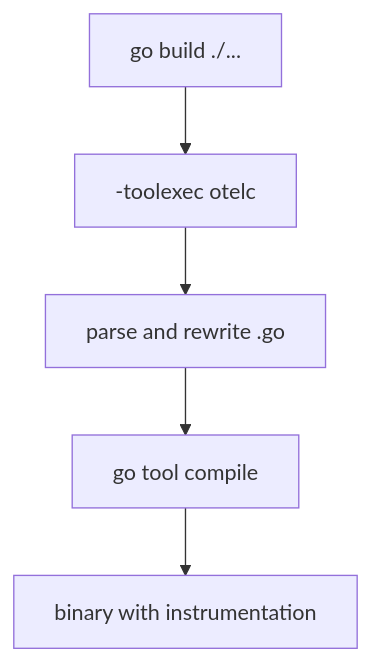
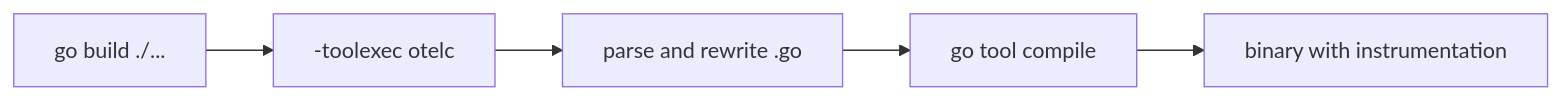
Before and after one commit to kakkoyun/golab-26: the third of 14 diagrams in talks/without-a-single-line/slides/presentation.md, drawn with Mermaid. The commit also changed other lines of this file, not shown here.

Commit message:
fix(slides): flow the toolexec pipeline left and keep the hallway caption legible
The toolexec diagram was a five-step vertical flow, 168 pixels wide at
natural size, so it filled nine percent of the content band and its
labels shrank to unreadable. The same steps read as one line from left
to right, which fills the band.

The hallway caption on the section divider used white bold type, but
that panel's art is bright teal, so the contrast was 1.7:1. The theme's
own section paragraph uses ink for the same reason; the caption now
does too, which measures 11.3:1.

````diff
--- a/talks/without-a-single-line/slides/presentation.md
+++ b/talks/without-a-single-line/slides/presentation.md
@@ -223,7 +223,7 @@
 ```mermaid
-flowchart TD
+flowchart LR
     A[go build ./...] --> B[-toolexec otelc]
     B --> C[parse and rewrite .go]
     C --> D[go tool compile]
     D --> E[binary with instrumentation]
 ```
````
